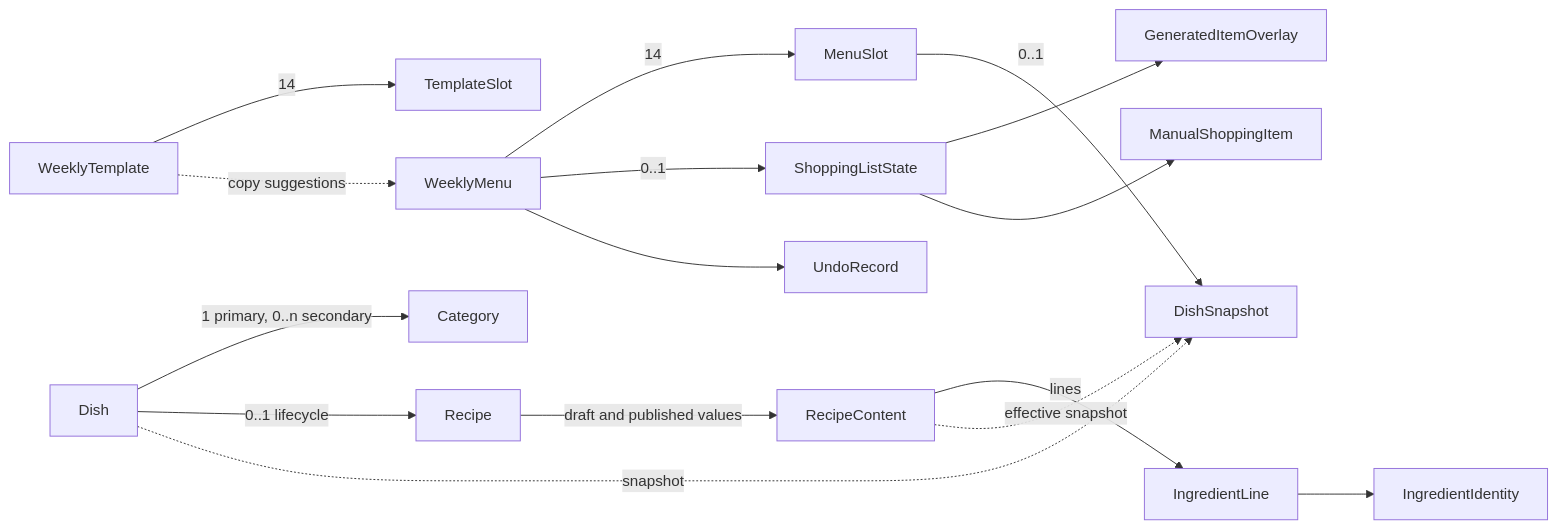
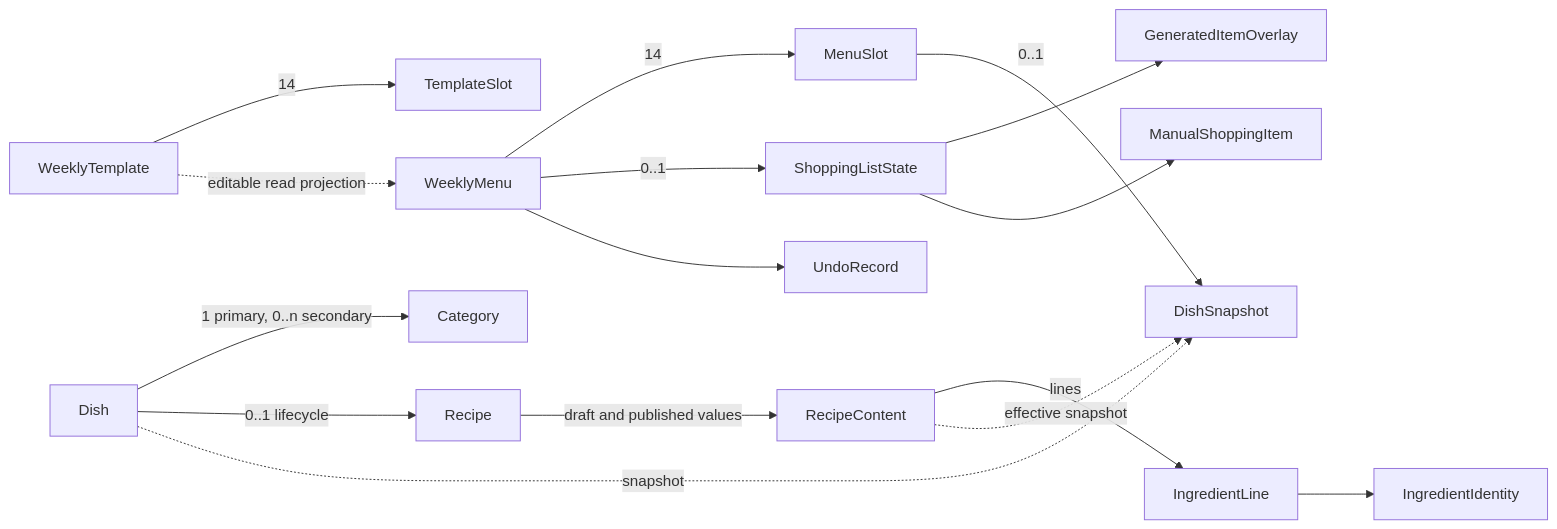
One commit to nataliobp/menu-familiar changed the diagram in docs/specs/02-domain-model.md. Above: the diagram before and after it, drawn with Mermaid. The commit also changed other lines of this file and 82 other files, not shown here.

````diff
--- a/docs/specs/02-domain-model.md
+++ b/docs/specs/02-domain-model.md
@@ -7,18 +7,18 @@
 ```mermaid
 flowchart LR
   T[WeeklyTemplate] -->|14| TS[TemplateSlot]
-  T -. copy suggestions .-> W[WeeklyMenu]
+  T -. editable read projection .-> W[WeeklyMenu]
   W -->|14| S[MenuSlot]
   S -->|0..1| DS[DishSnapshot]
   D[Dish] -->|1 primary, 0..n secondary| C[Category]
   D -->|0..1 lifecycle| R[Recipe]
   R -->|draft and published values| V[RecipeContent]
   V -->|lines| I[IngredientLine]
   I --> K[IngredientIdentity]
   D -. snapshot .-> DS
   V -. effective snapshot .-> DS
   W -->|0..1| L[ShoppingListState]
   L --> O[GeneratedItemOverlay]
   L --> M[ManualShoppingItem]
   W --> U[UndoRecord]
 ```
````
